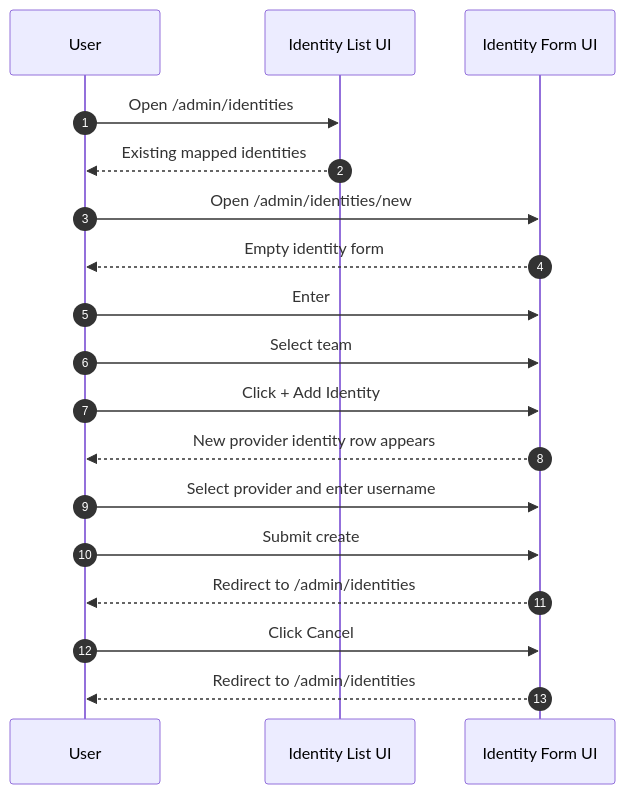
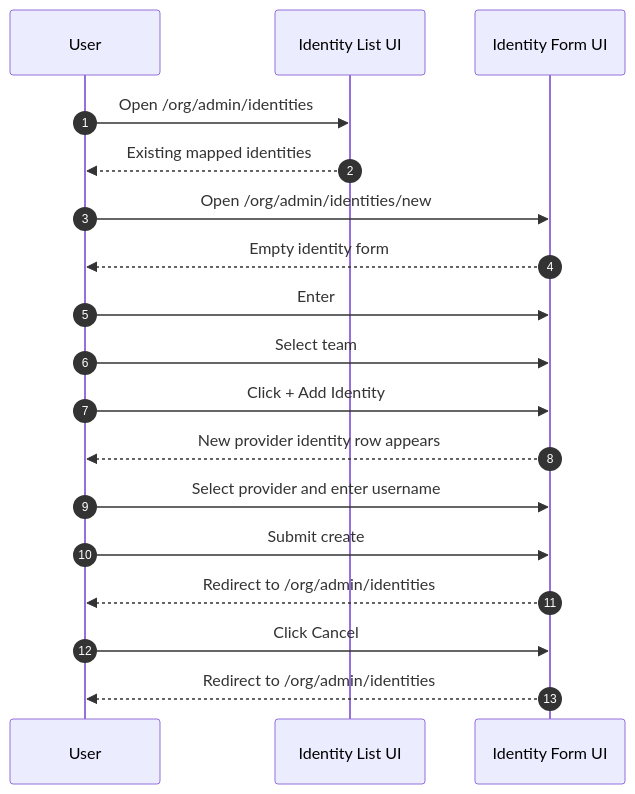
The fifth of 6 diagrams in docs/testing/e2e-specs/account-admin.md (full-chaos/dev-health-web), drawn with Mermaid before and after one commit. The commit also changed other lines of this file and 14 other files, not shown here.

````diff
--- a/docs/testing/e2e-specs/account-admin.md
+++ b/docs/testing/e2e-specs/account-admin.md
@@ -342,20 +342,20 @@
 ```mermaid
 sequenceDiagram
     autonumber
     participant U as User
     participant IL as Identity List UI
     participant IF as Identity Form UI
-    U->>IL: Open /admin/identities
+    U->>IL: Open /org/admin/identities
     IL-->>U: Existing mapped identities
-    U->>IF: Open /admin/identities/new
+    U->>IF: Open /org/admin/identities/new
     IF-->>U: Empty identity form
     U->>IF: Enter #canonical_id, #display_name, #email
     U->>IF: Select team
     U->>IF: Click + Add Identity
     IF-->>U: New provider identity row appears
     U->>IF: Select provider and enter username
     U->>IF: Submit create
-    IF-->>U: Redirect to /admin/identities
+    IF-->>U: Redirect to /org/admin/identities
     U->>IF: Click Cancel
-    IF-->>U: Redirect to /admin/identities
+    IF-->>U: Redirect to /org/admin/identities
 ```
````
